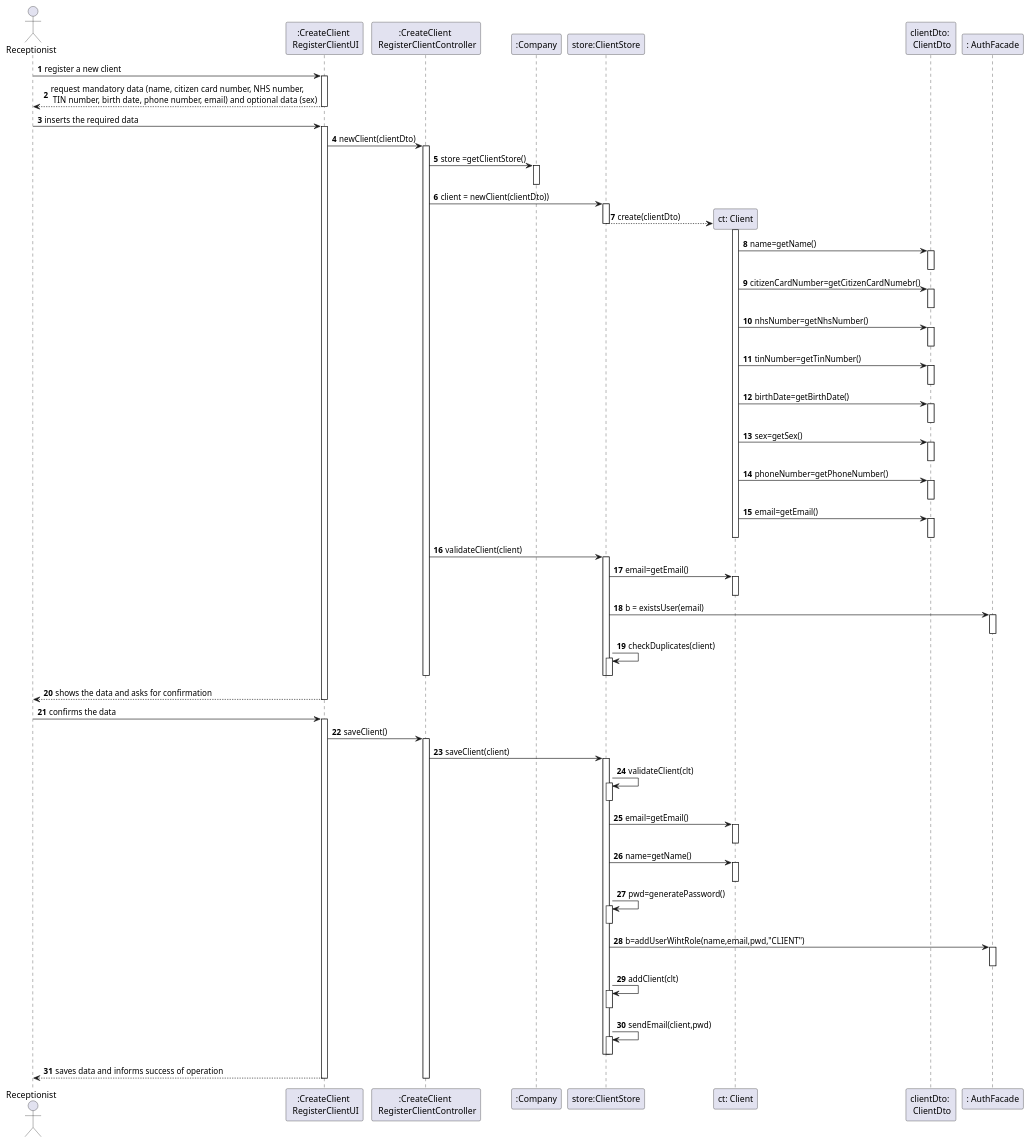
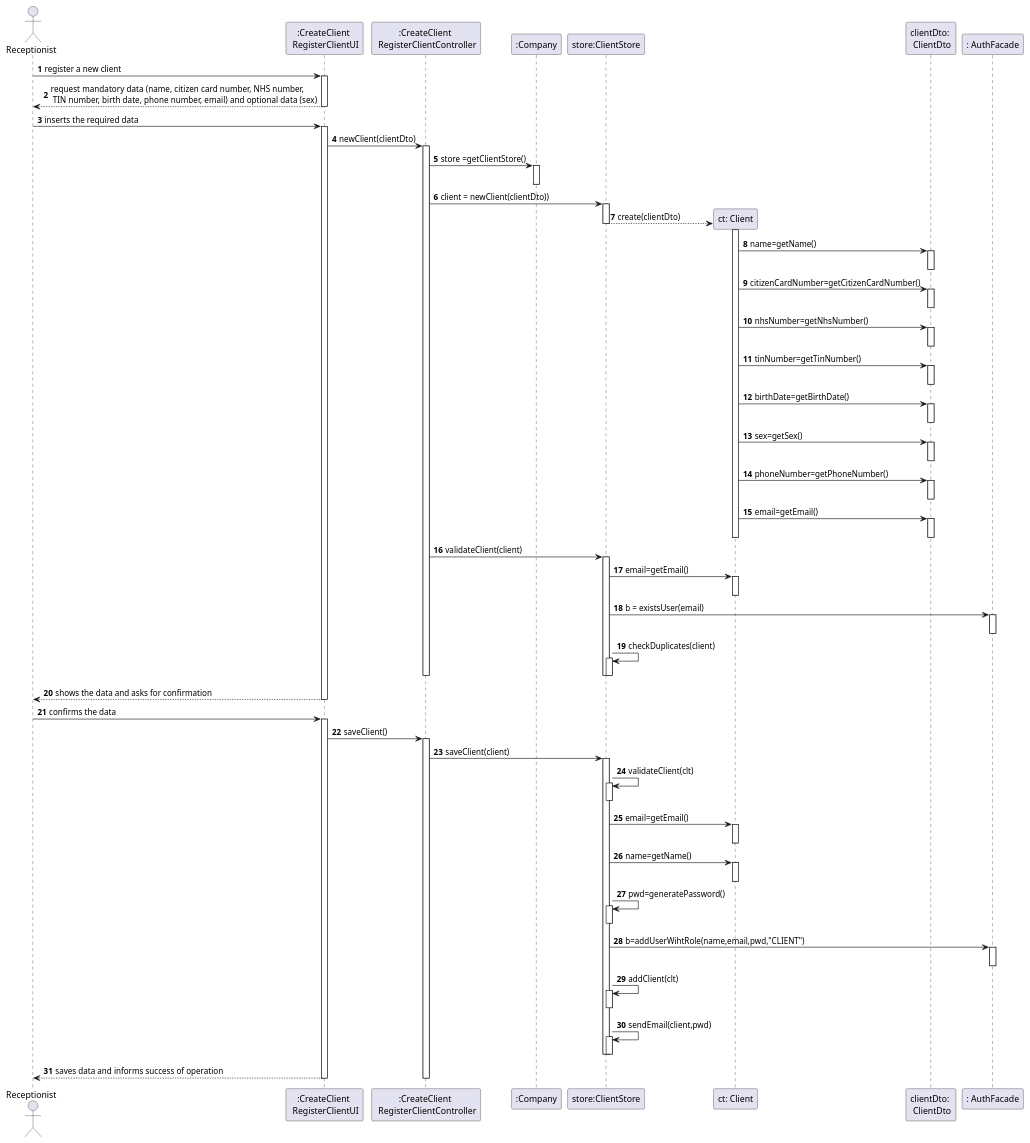
The diagram in docs/SprintC/US3/UC03_SD.puml (GuilhermeCunha79/lapr2), drawn with PlantUML before and after one commit. The commit also changed 5 other files, not shown here.

```diff
--- a/docs/SprintC/US3/UC03_SD.puml
+++ b/docs/SprintC/US3/UC03_SD.puml
@@ -1,121 +1,121 @@
 @startuml
 autonumber
 'hide footbox
 actor "Receptionist" as RECEP
 
 participant ":CreateClient \n RegisterClientUI" as UI
 participant ":CreateClient \n RegisterClientController" as CTRL
 participant ":Company" as C
 participant "store:ClientStore" as CS
 participant "ct: Client" as CL
 participant "clientDto: \n ClientDto" as CLDTO
 participant ": AuthFacade" as AF
 
 
 RECEP -> UI : register a new client
 activate UI
     UI --> RECEP : request mandatory data (name, citizen card number, NHS number,\n TIN number, birth date, phone number, email) and optional data (sex)
 deactivate UI
 
 RECEP -> UI : inserts the required data
 activate UI
     UI -> CTRL : newClient(clientDto)
 
 activate CTRL
 
         CTRL -> C: store =getClientStore()
         activate C
         deactivate C
 
         CTRL -> CS: client = newClient(clientDto))
 
         activate CS
         CS --> CL** : create(clientDto)
         deactivate CS
 
         activate CL
         CL -> CLDTO : name=getName()
         activate CLDTO
         deactivate CLDTO
-        CL -> CLDTO : citizenCardNumber=getCitizenCardNumebr()
+        CL -> CLDTO : citizenCardNumber=getCitizenCardNumber()
         activate CLDTO
         deactivate CLDTO
         CL -> CLDTO : nhsNumber=getNhsNumber()
         activate CLDTO
         deactivate CLDTO
         CL -> CLDTO : tinNumber=getTinNumber()
         activate CLDTO
         deactivate CLDTO
         CL -> CLDTO : birthDate=getBirthDate()
         activate CLDTO
         deactivate CLDTO
         CL -> CLDTO : sex=getSex()
         activate CLDTO
         deactivate CLDTO
         CL -> CLDTO : phoneNumber=getPhoneNumber()
         activate CLDTO
         deactivate CLDTO
         CL -> CLDTO : email=getEmail()
         activate CLDTO
         deactivate CLDTO
 
 
         deactivate CL
 
         CTRL -> CS : validateClient(client)
         activate CS
         CS -> CL : email=getEmail()
         activate CL
         deactivate CL
         CS -> AF : b = existsUser(email)
         activate AF
         deactivate AF
         CS -> CS : checkDuplicates(client)
         activate CS
         deactivate CS
         deactivate CS
 
 
     deactivate CTRL
     UI --> RECEP : shows the data and asks for confirmation
 deactivate UI
 RECEP -> UI : confirms the data
 activate UI
 
     UI -> CTRL : saveClient()
 
 activate CTRL
     CTRL -> CS : saveClient(client)
 
 activate CS
 
     CS -> CS : validateClient(clt)
     activate CS
     deactivate CS
     CS -> CL : email=getEmail()
     activate CL
     deactivate CL
     CS -> CL : name=getName()
     activate CL
     deactivate CL
     CS -> CS : pwd=generatePassword()
     activate CS
     deactivate CS
     CS -> AF : b=addUserWihtRole(name,email,pwd,"CLIENT")
     activate AF
     deactivate AF
     CS -> CS : addClient(clt)
     activate CS
     deactivate CS
     CS -> CS : sendEmail(client,pwd)
     activate CS
     deactivate CS
     deactivate CS
 
 
 UI --> RECEP : saves data and informs success of operation
 deactivate C
 deactivate UI
 deactivate CTRL
 
 @enduml
```
